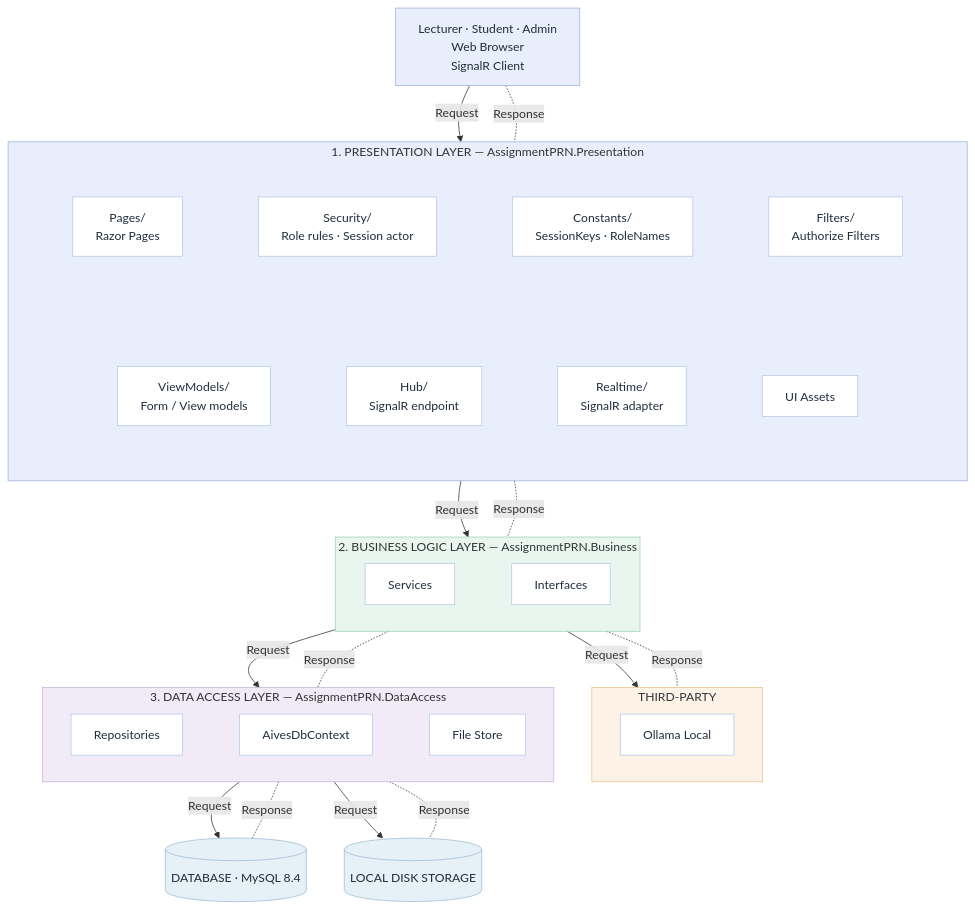
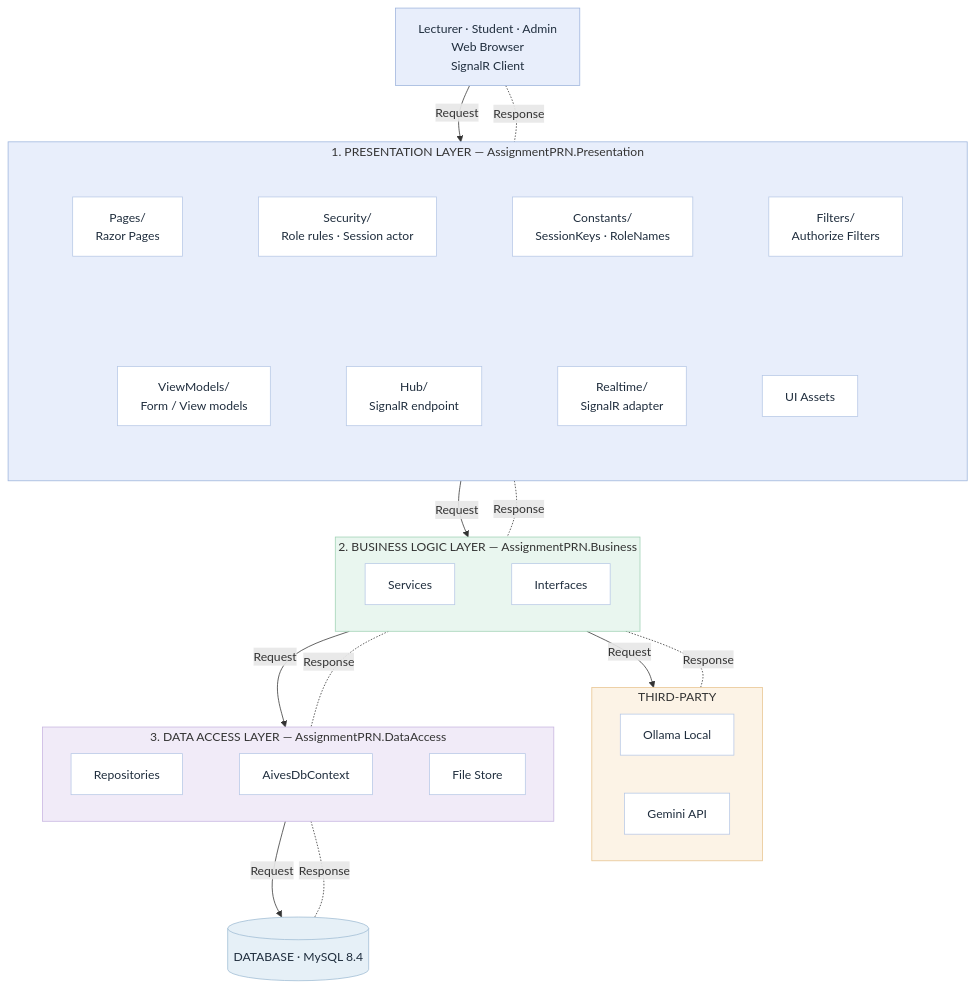
The diagram in docs/kien-truc-3-tang.mmd (zanh154/AS2), drawn with Mermaid before and after one commit. The commit also changed 2 other files, not shown here.

```diff
--- a/docs/kien-truc-3-tang.mmd
+++ b/docs/kien-truc-3-tang.mmd
@@ -1,60 +1,58 @@
 %% AIVES - kiến trúc 3 tầng. Dán vào draw.io: Arrange > Insert > Advanced > Mermaid.
 flowchart TB
     Browser["Lecturer · Student · Admin<br/>Web Browser<br/>SignalR Client"]
 
     subgraph P["1. PRESENTATION LAYER — AssignmentPRN.Presentation"]
         direction TB
         subgraph P1[" "]
             direction LR
             Pages["Pages/<br/>Razor Pages"] ~~~ Security["Security/<br/>Role rules · Session actor"] ~~~ Constants["Constants/<br/>SessionKeys · RoleNames"] ~~~ Filters["Filters/<br/>Authorize Filters"]
         end
         subgraph P2[" "]
             direction LR
             ViewModels["ViewModels/<br/>Form / View models"] ~~~ Hub["Hub/<br/>SignalR endpoint"] ~~~ Realtime["Realtime/<br/>SignalR adapter"] ~~~ UI["UI Assets"]
         end
         P1 ~~~ P2
     end
 
     subgraph B["2. BUSINESS LOGIC LAYER — AssignmentPRN.Business"]
         direction LR
         Services["Services"] ~~~ Interfaces["Interfaces"]
     end
 
     subgraph T["THIRD-PARTY"]
         Ollama["Ollama Local"]
+        Gemini["Gemini API"]
     end
 
     subgraph D["3. DATA ACCESS LAYER — AssignmentPRN.DataAccess"]
         direction LR
         Repo["Repositories"] ~~~ Ctx["AivesDbContext"] ~~~ Files["File Store"]
     end
 
     DB[("DATABASE · MySQL 8.4")]
-    Disk[("LOCAL DISK STORAGE")]
 
     Browser -->|Request| P
     Browser <-.-|Response| P
     P -->|Request| B
     P <-.-|Response| B
     B -->|Request| T
     B <-.-|Response| T
     B -->|Request| D
     B <-.-|Response| D
     D -->|Request| DB
     D <-.-|Response| DB
-    D -->|Request| Disk
-    D <-.-|Response| Disk
 
     classDef card fill:#ffffff,stroke:#b7c8e6,color:#1f2d3d
     classDef client fill:#e8eefb,stroke:#9db4dc,color:#1f2d3d
     classDef store fill:#e6f0f7,stroke:#9fbcd4,color:#1f2d3d
     class Pages,Security,Constants,Filters,ViewModels,Hub,Realtime,UI card
-    class Services,Interfaces,Repo,Ctx,Files,Ollama card
+    class Services,Interfaces,Repo,Ctx,Files,Ollama,Gemini card
     class Browser client
-    class DB,Disk store
+    class DB store
     style P fill:#e8eefb,stroke:#9db4dc
     style B fill:#e9f6ef,stroke:#9fd2b4
     style D fill:#f1ebf8,stroke:#c7b4e0
     style T fill:#fcf3e6,stroke:#e8c48f
     style P1 fill:none,stroke:none
     style P2 fill:none,stroke:none
```
